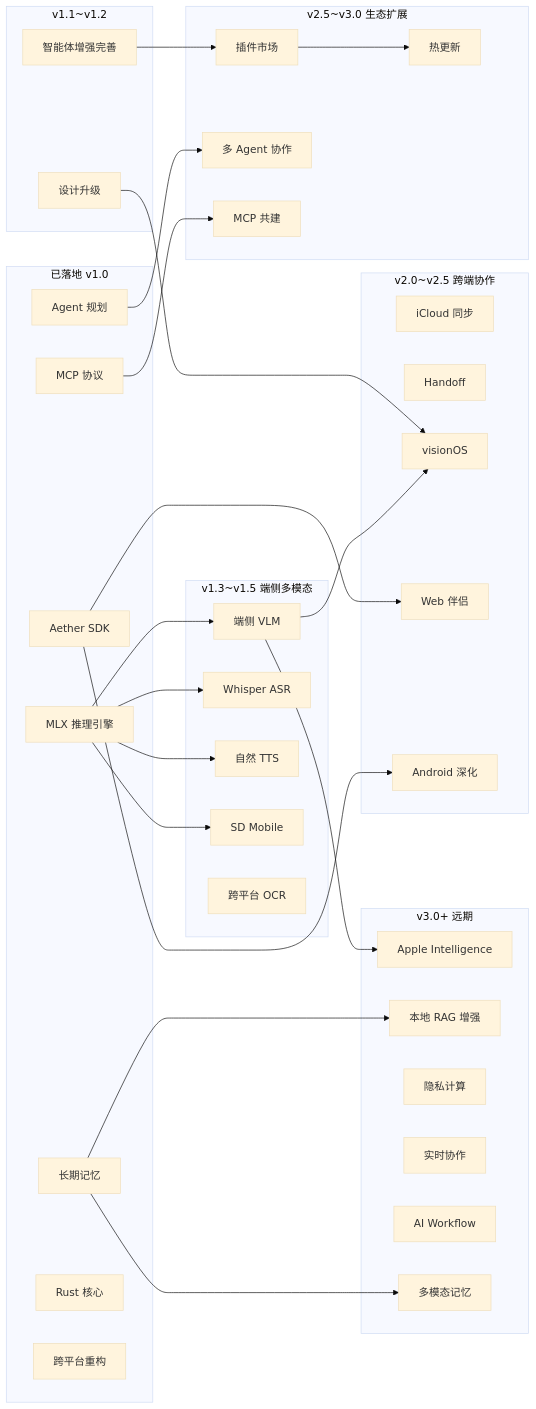
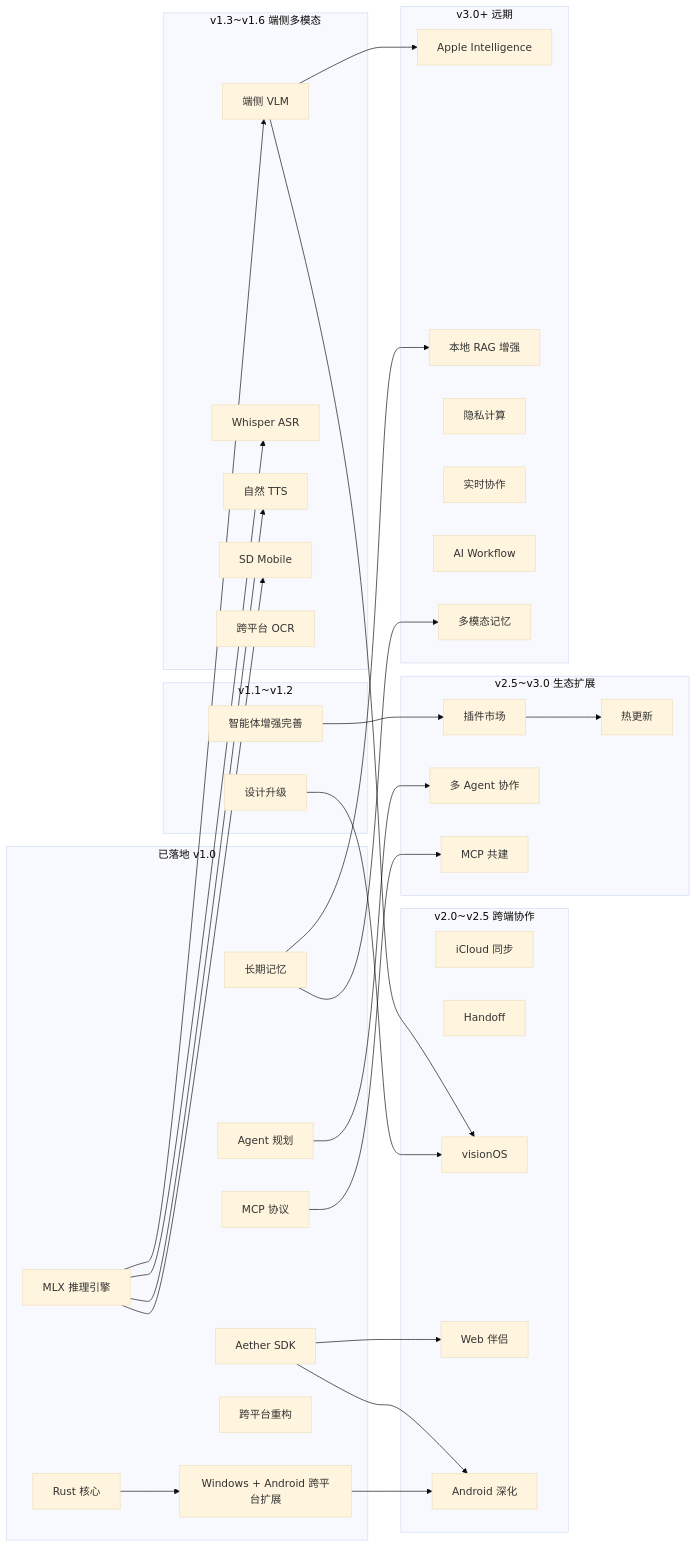
Before and after one commit to luosicx/Aether: the second of 22 diagrams in doc/MASTER_PLAN.md, drawn with Mermaid (base theme). The commit also changed other lines of this file and 84 other files, not shown here.

First line of the commit message:
feat(v1.5): Windows + Android 端功能补齐（会话列表/设置页/Markdown/i18n/RAG/Health/Room/Rust Redact） (#40)

````diff
--- a/doc/MASTER_PLAN.md
+++ b/doc/MASTER_PLAN.md
@@ -162,65 +172,68 @@
 ```mermaid
 graph LR
     subgraph "已落地 v1.0"
         MLX[MLX 推理引擎]
         MCP[MCP 协议]
         Agent[Agent 规划]
         Memory[长期记忆]
         SDK[Aether SDK]
         Rust[Rust 核心]
         XPlat[跨平台重构]
+        WinAndroid[Windows + Android 跨平台扩展]
     end
 
     subgraph "v1.1~v1.2"
         V11[智能体增强完善]
         V12[设计升级]
     end
 
-    subgraph "v1.3~v1.5 端侧多模态"
+    subgraph "v1.3~v1.6 端侧多模态"
         VLM[端侧 VLM]
         ASR[Whisper ASR]
         TTS[自然 TTS]
         SD[SD Mobile]
         OCR[跨平台 OCR]
     end
 
     subgraph "v2.0~v2.5 跨端协作"
         iCloud[iCloud 同步]
         Handoff[Handoff]
         VisionOS[visionOS]
         Web[Web 伴侣]
         Android[Android 深化]
     end
 
     subgraph "v2.5~v3.0 生态扩展"
         Market[插件市场]
         HotUpdate[热更新]
         MultiAgent[多 Agent 协作]
         MCPCo[MCP 共建]
     end
 
     subgraph "v3.0+ 远期"
         AppleIntel[Apple Intelligence]
         LocalRAG[本地 RAG 增强]
         Privacy[隐私计算]
         Realtime[实时协作]
         Workflow[AI Workflow]
         MultiModal[多模态记忆]
     end
 
     MLX --> VLM
     MLX --> ASR
     MLX --> TTS
     MLX --> SD
     MCP --> MCPCo
     Agent --> MultiAgent
     Memory --> MultiModal
     SDK --> Web
     SDK --> Android
+    Rust --> WinAndroid
+    WinAndroid --> Android
     VLM --> VisionOS
     V12 --> VisionOS
     V11 --> Market
     Market --> HotUpdate
     VLM --> AppleIntel
     Memory --> LocalRAG
 ```
````
